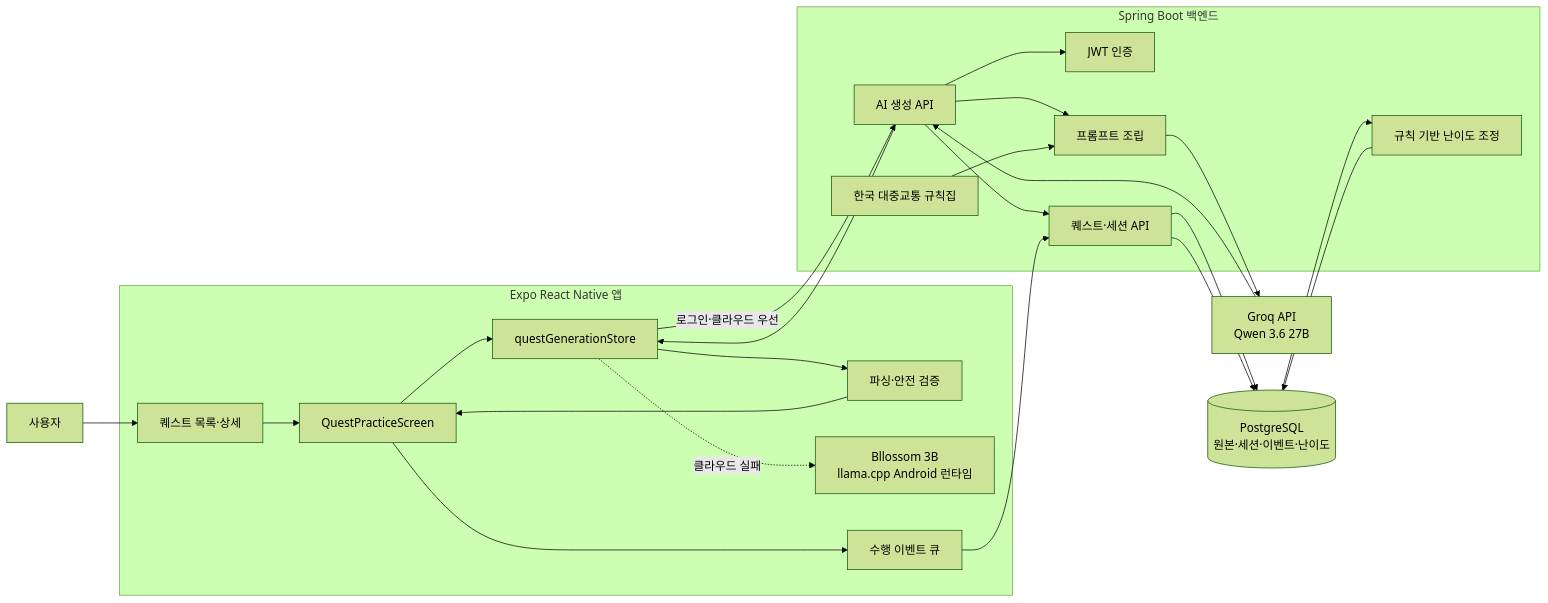
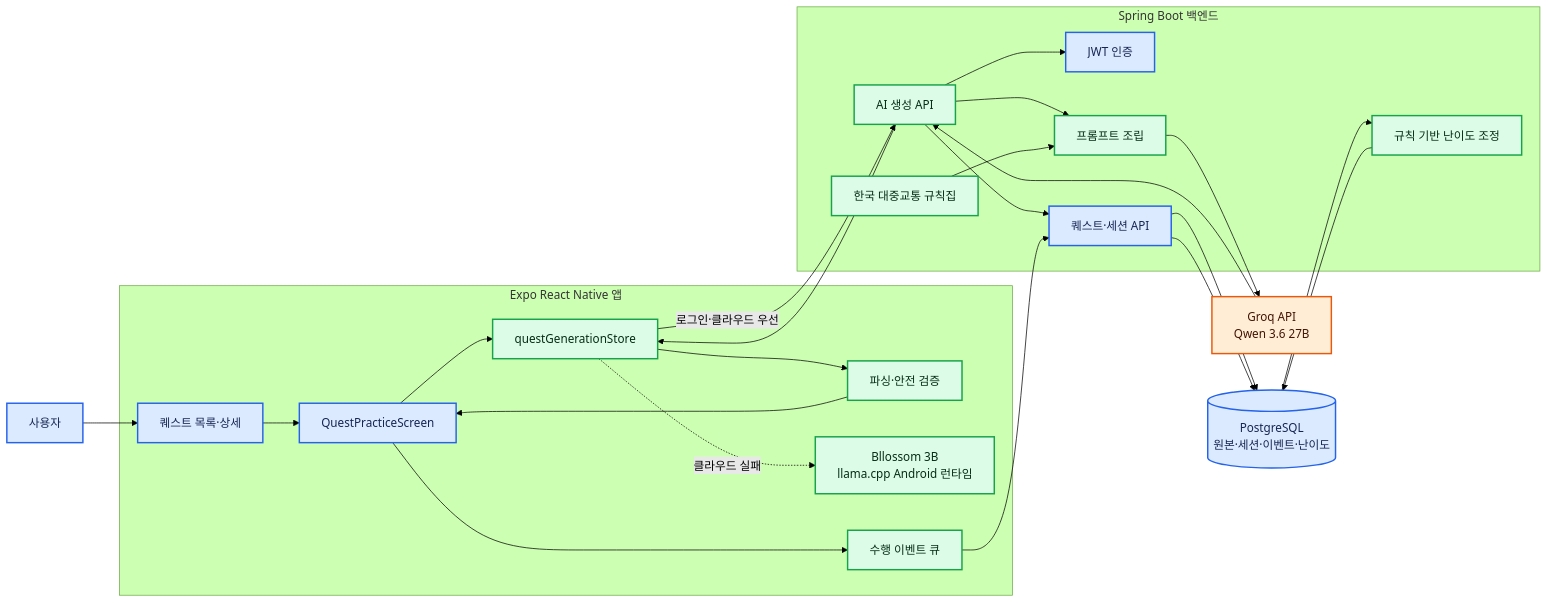
Before and after one commit to thisisdibellob/Oneuldo: the first of 11 diagrams in docs/ai/ai-system.md, drawn with Mermaid (forest theme). The commit also changed other lines of this file and 24 other files, not shown here.

````diff
--- a/docs/ai/ai-system.md
+++ b/docs/ai/ai-system.md
@@ -21,40 +22,47 @@
 ```mermaid
 flowchart LR
     U[사용자]
 
     subgraph APP[Expo React Native 앱]
         QS[퀘스트 목록·상세]
         UI[QuestPracticeScreen]
         STORE[questGenerationStore]
         VALIDATE[파싱·안전 검증]
         NATIVE[Bllossom 3B<br/>llama.cpp Android 런타임]
         EVENT[수행 이벤트 큐]
     end
 
     subgraph SERVER[Spring Boot 백엔드]
         AUTH[JWT 인증]
         QUEST[퀘스트·세션 API]
         AIAPI[AI 생성 API]
         PROMPT[프롬프트 조립]
         RULES[한국 대중교통 규칙집]
         DIFF[규칙 기반 난이도 조정]
     end
 
     DB[(PostgreSQL<br/>원본·세션·이벤트·난이도)]
     GROQ[Groq API<br/>Qwen 3.6 27B]
 
     U --> QS --> UI
     UI --> STORE
     STORE -->|로그인·클라우드 우선| AIAPI
     AIAPI --> AUTH
     AIAPI --> QUEST
     QUEST --> DB
     AIAPI --> PROMPT
     RULES --> PROMPT
     PROMPT --> GROQ
     GROQ --> AIAPI --> STORE
     STORE --> VALIDATE --> UI
     STORE -. 클라우드 실패 .-> NATIVE
     UI --> EVENT --> QUEST --> DB
     DB --> DIFF --> DB
+
+    classDef baseline fill:#dbeafe,stroke:#2563eb,color:#172554,stroke-width:2px;
+    classDef added fill:#dcfce7,stroke:#16a34a,color:#052e16,stroke-width:2px;
+    classDef external fill:#ffedd5,stroke:#ea580c,color:#431407,stroke-width:2px;
+    class U,QS,UI,AUTH,QUEST,DB baseline;
+    class STORE,VALIDATE,NATIVE,EVENT,AIAPI,PROMPT,RULES,DIFF added;
+    class GROQ external;
 ```
````
